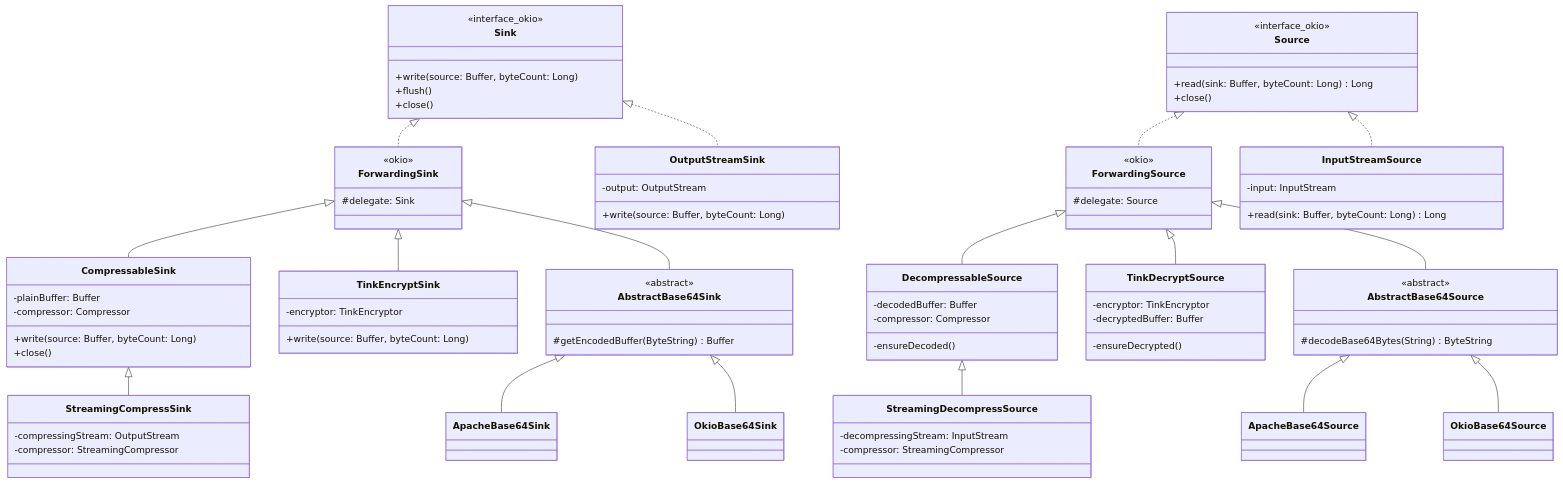
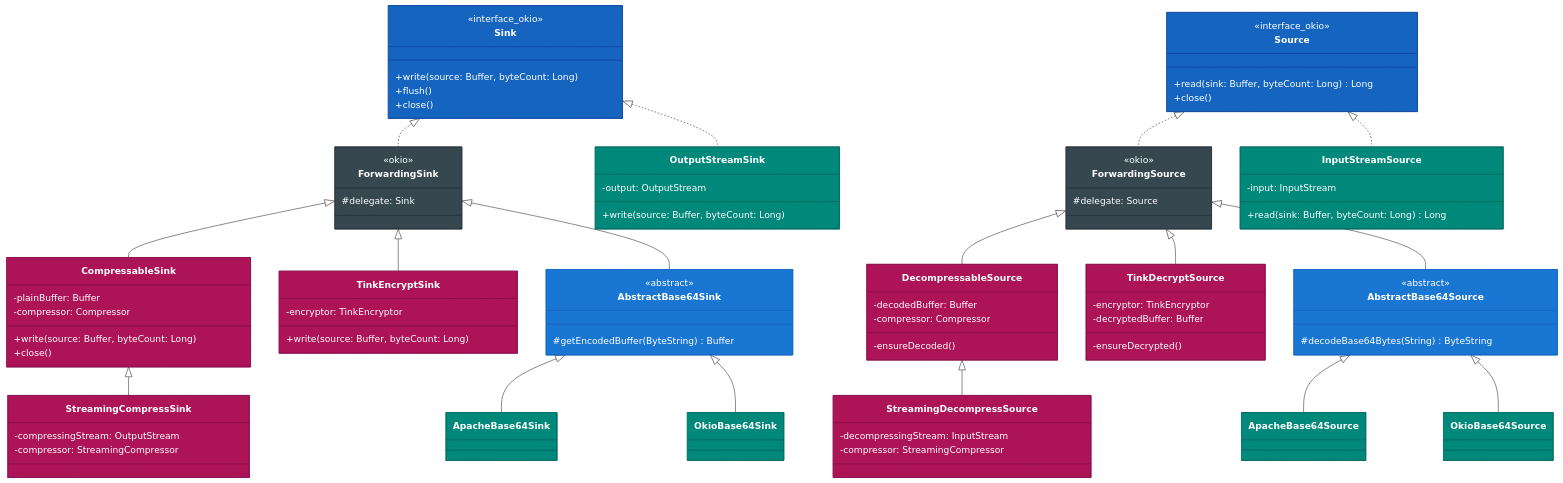
One commit to bluetape4k/bluetape4k-projects changed the first of 9 diagrams in io/okio/README.md. Above: the diagram before and after it, drawn with Mermaid. The commit also changed other lines of this file and 221 other files, not shown here.

First line of the commit message:
docs: 전체 모듈 README UML 다이어그램 보강 및 색상 업그레이드

````diff
--- a/io/okio/README.md
+++ b/io/okio/README.md
@@ -353,4 +353,22 @@
     AbstractBase64Source <|-- ApacheBase64Source
     AbstractBase64Source <|-- OkioBase64Source
 
+    style Sink fill:#1565C0,stroke:#0D47A1,color:#FFFFFF
+    style Source fill:#1565C0,stroke:#0D47A1,color:#FFFFFF
+    style ForwardingSink fill:#37474F,stroke:#263238,color:#FFFFFF
+    style ForwardingSource fill:#37474F,stroke:#263238,color:#FFFFFF
+    style InputStreamSource fill:#00897B,stroke:#00695C,color:#FFFFFF
+    style OutputStreamSink fill:#00897B,stroke:#00695C,color:#FFFFFF
+    style CompressableSink fill:#AD1457,stroke:#880E4F,color:#FFFFFF
+    style StreamingCompressSink fill:#AD1457,stroke:#880E4F,color:#FFFFFF
+    style DecompressableSource fill:#AD1457,stroke:#880E4F,color:#FFFFFF
+    style StreamingDecompressSource fill:#AD1457,stroke:#880E4F,color:#FFFFFF
+    style TinkEncryptSink fill:#AD1457,stroke:#880E4F,color:#FFFFFF
+    style TinkDecryptSource fill:#AD1457,stroke:#880E4F,color:#FFFFFF
+    style AbstractBase64Sink fill:#1976D2,stroke:#1565C0,color:#FFFFFF
+    style AbstractBase64Source fill:#1976D2,stroke:#1565C0,color:#FFFFFF
+    style ApacheBase64Sink fill:#00897B,stroke:#00695C,color:#FFFFFF
+    style ApacheBase64Source fill:#00897B,stroke:#00695C,color:#FFFFFF
+    style OkioBase64Sink fill:#00897B,stroke:#00695C,color:#FFFFFF
+    style OkioBase64Source fill:#00897B,stroke:#00695C,color:#FFFFFF
 ```
````
